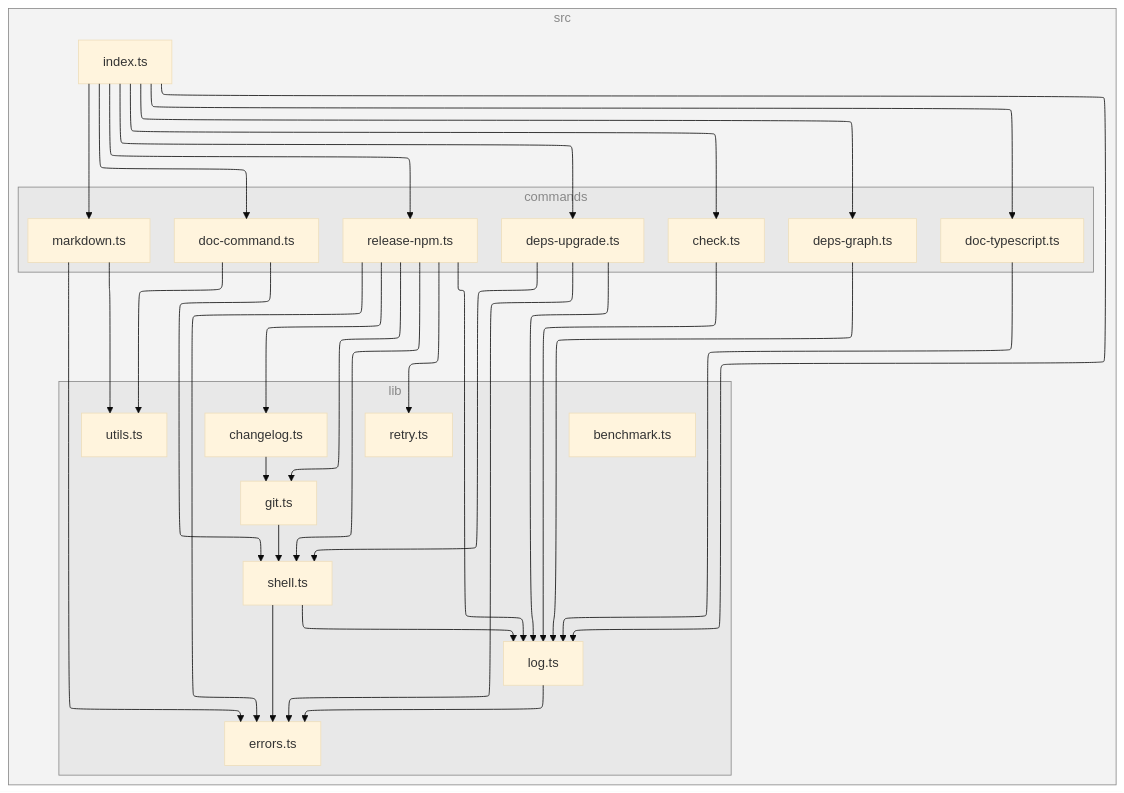
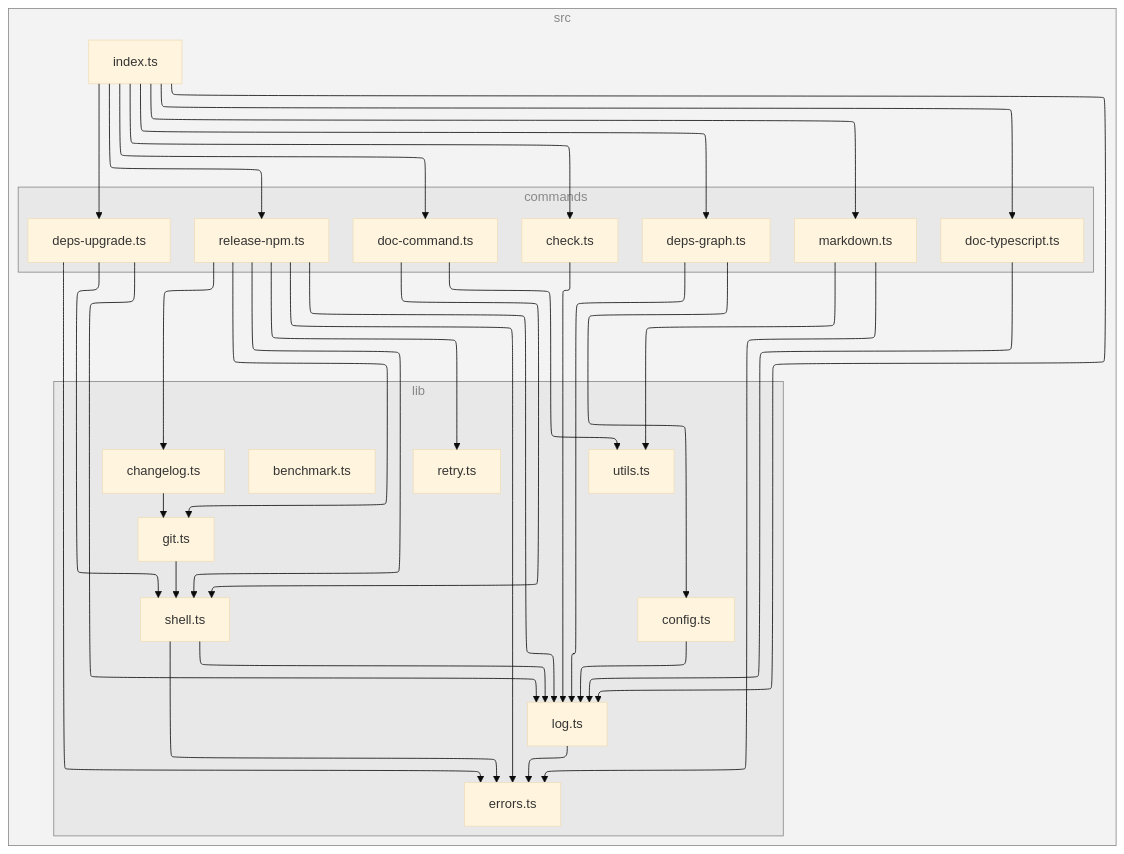
One commit to versatiles-org/node-release-tool changed the diagram in README.md. Above: the diagram before and after it, drawn with Mermaid (base theme). The commit also changed other lines of this file and 5 other files, not shown here.

Commit message:
feat: add support for configuration via vrt.config.json for deps-graph options

````diff
--- a/README.md
+++ b/README.md
@@ -264,62 +281,65 @@
 ```mermaid
 ---
 config:
   layout: elk
 ---
 flowchart TB
 
 subgraph 0["src"]
 subgraph 1["commands"]
 2["check.ts"]
 6["deps-graph.ts"]
-7["deps-upgrade.ts"]
-9["doc-command.ts"]
-B["doc-typescript.ts"]
-C["markdown.ts"]
-D["release-npm.ts"]
+8["deps-upgrade.ts"]
+A["doc-command.ts"]
+C["doc-typescript.ts"]
+D["markdown.ts"]
+E["release-npm.ts"]
 end
 subgraph 3["lib"]
 4["log.ts"]
 5["errors.ts"]
-8["shell.ts"]
-A["utils.ts"]
-E["changelog.ts"]
-F["git.ts"]
-G["retry.ts"]
-I["benchmark.ts"]
+7["config.ts"]
+9["shell.ts"]
+B["utils.ts"]
+F["changelog.ts"]
+G["git.ts"]
+H["retry.ts"]
+J["benchmark.ts"]
 end
-H["index.ts"]
+I["index.ts"]
 end
 2-->4
 4-->5
+6-->7
 6-->4
-7-->5
 7-->4
-7-->8
 8-->5
 8-->4
-9-->8
-9-->A
-B-->4
-C-->5
-C-->A
-D-->E
+8-->9
+9-->5
+9-->4
+A-->9
+A-->B
+C-->4
 D-->5
-D-->F
-D-->4
-D-->G
-D-->8
+D-->B
 E-->F
-F-->8
-H-->2
-H-->6
-H-->7
-H-->9
-H-->B
-H-->C
-H-->D
-H-->4
+E-->5
+E-->G
+E-->4
+E-->H
+E-->9
+F-->G
+G-->9
+I-->2
+I-->6
+I-->8
+I-->A
+I-->C
+I-->D
+I-->E
+I-->4
 
 class 0,1,3 subgraphs;
 classDef subgraphs fill-opacity:0.1, fill:#888, color:#888, stroke:#888;
 ```
````
